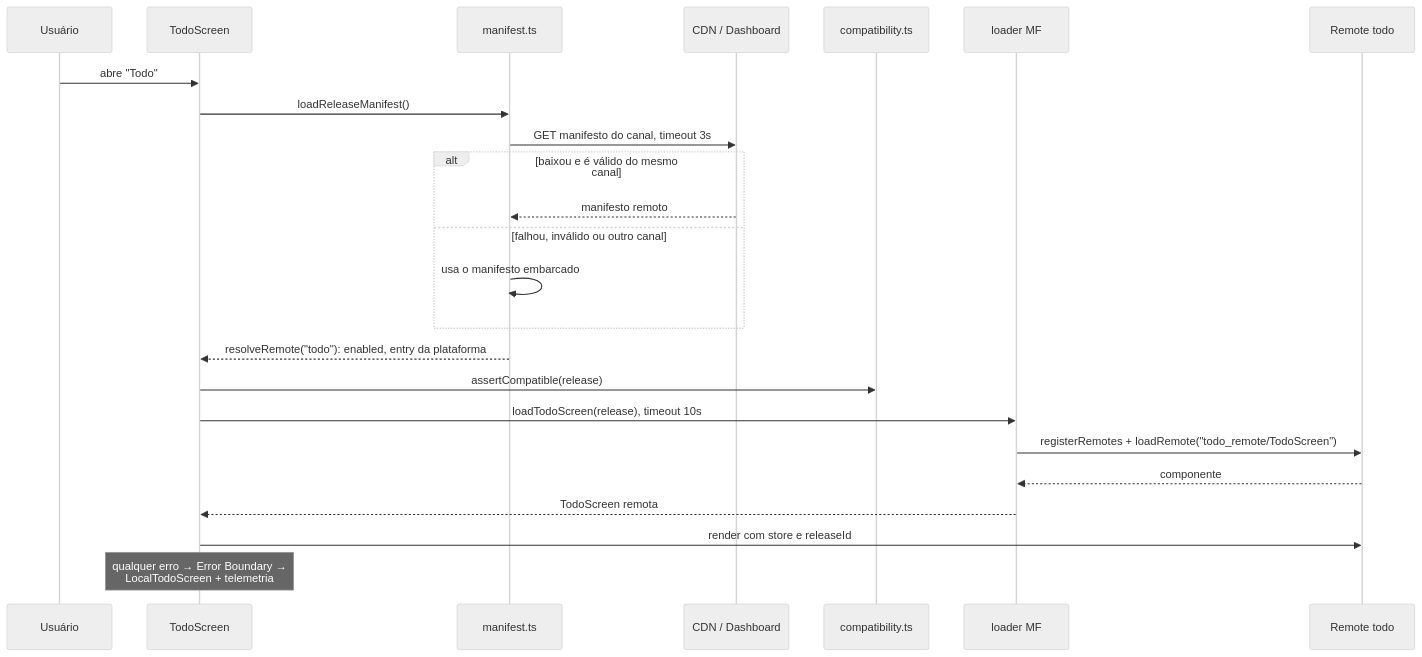
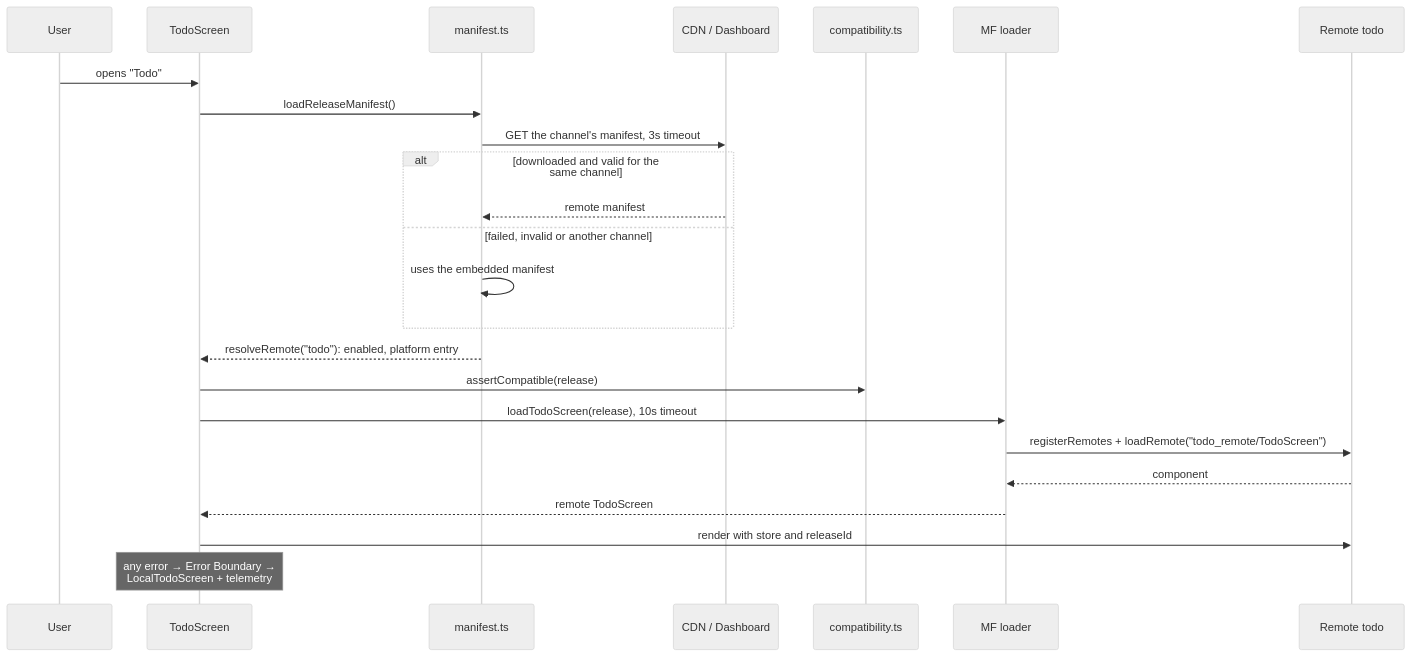
Before and after one commit to Luizrebelatto/module-federation-playground: the fifth of 8 diagrams in todo-mf/ARCHITECTURE.md, drawn with Mermaid (neutral theme). The commit also changed other lines of this file and 16 other files, not shown here.

````diff
--- a/todo-mf/ARCHITECTURE.md
+++ b/todo-mf/ARCHITECTURE.md
@@ -251,27 +251,27 @@
 ```mermaid
 sequenceDiagram
-  participant U as Usuário
+  participant U as User
   participant TS as TodoScreen
   participant M as manifest.ts
   participant CDN as CDN / Dashboard
   participant C as compatibility.ts
-  participant L as loader MF
+  participant L as MF loader
   participant R as Remote todo
 
-  U->>TS: abre "Todo"
+  U->>TS: opens "Todo"
   TS->>M: loadReleaseManifest()
-  M->>CDN: GET manifesto do canal, timeout 3s
-  alt baixou e é válido do mesmo canal
-    CDN-->>M: manifesto remoto
-  else falhou, inválido ou outro canal
-    M->>M: usa o manifesto embarcado
+  M->>CDN: GET the channel's manifest, 3s timeout
+  alt downloaded and valid for the same channel
+    CDN-->>M: remote manifest
+  else failed, invalid or another channel
+    M->>M: uses the embedded manifest
   end
-  M-->>TS: resolveRemote("todo"): enabled, entry da plataforma
+  M-->>TS: resolveRemote("todo"): enabled, platform entry
   TS->>C: assertCompatible(release)
-  TS->>L: loadTodoScreen(release), timeout 10s
+  TS->>L: loadTodoScreen(release), 10s timeout
   L->>R: registerRemotes + loadRemote("todo_remote/TodoScreen")
-  R-->>L: componente
-  L-->>TS: TodoScreen remota
-  TS->>R: render com store e releaseId
-  Note over TS: qualquer erro → Error Boundary →<br/>LocalTodoScreen + telemetria
+  R-->>L: component
+  L-->>TS: remote TodoScreen
+  TS->>R: render with store and releaseId
+  Note over TS: any error → Error Boundary →<br/>LocalTodoScreen + telemetry
 ```
````
